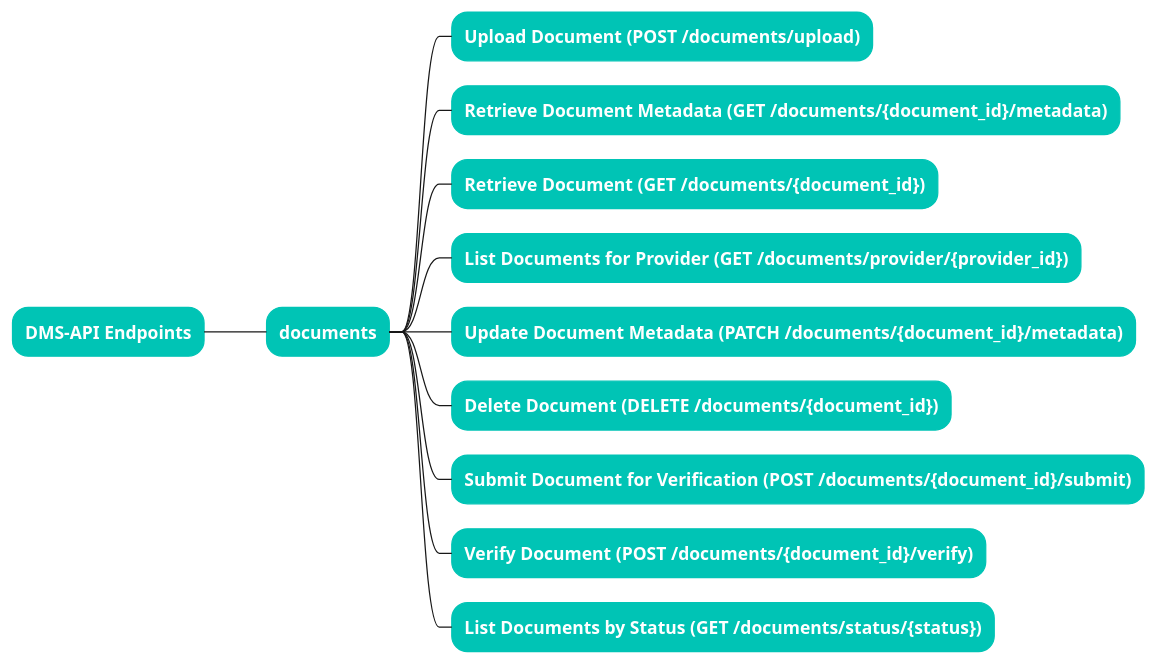
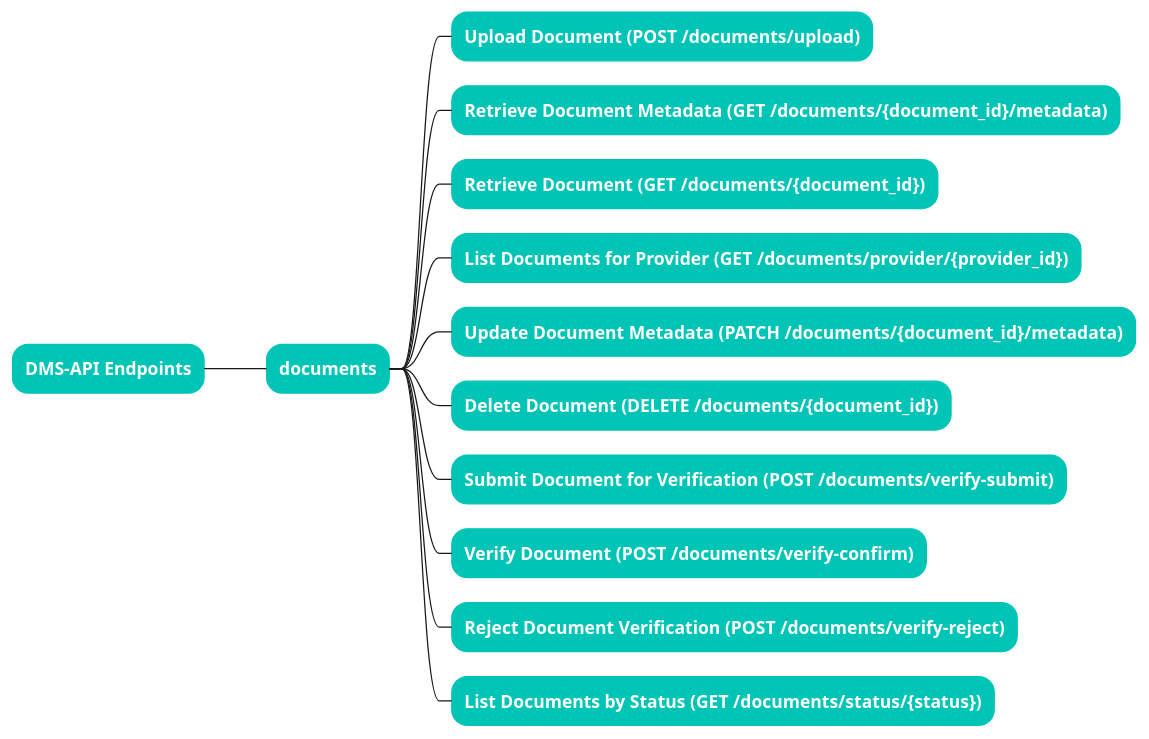
The diagram in documents-management-services/healthcare-providers-documents-management/architecture/api-gateway-endpoints.plantuml (daria-serkova/aws-cdk), drawn with PlantUML before and after one commit. The commit also changed 3 other files, not shown here.

```diff
--- a/documents-management-services/healthcare-providers-documents-management/architecture/api-gateway-endpoints.plantuml
+++ b/documents-management-services/healthcare-providers-documents-management/architecture/api-gateway-endpoints.plantuml
@@ -1,20 +1,21 @@
 @startmindmap API Gateway Endpoints
 skinparam node {
     BackgroundColor #00C4B5
     FontColor #FFFFFF
     BorderColor #00C4B5
     BorderThickness 1
     FontStyle bold
 }
 * DMS-API Endpoints
 ** documents
 *** Upload Document (POST /documents/upload)
 *** Retrieve Document Metadata (GET /documents/{document_id}/metadata)
 *** Retrieve Document (GET /documents/{document_id})
 *** List Documents for Provider (GET /documents/provider/{provider_id})
 *** Update Document Metadata (PATCH /documents/{document_id}/metadata)
 *** Delete Document (DELETE /documents/{document_id})
-*** Submit Document for Verification (POST /documents/{document_id}/submit)
-*** Verify Document (POST /documents/{document_id}/verify)
+*** Submit Document for Verification (POST /documents/verify-submit)
+*** Verify Document (POST /documents/verify-confirm)
+*** Reject Document Verification (POST /documents/verify-reject)
 *** List Documents by Status (GET /documents/status/{status})
 @endmindmap
```
